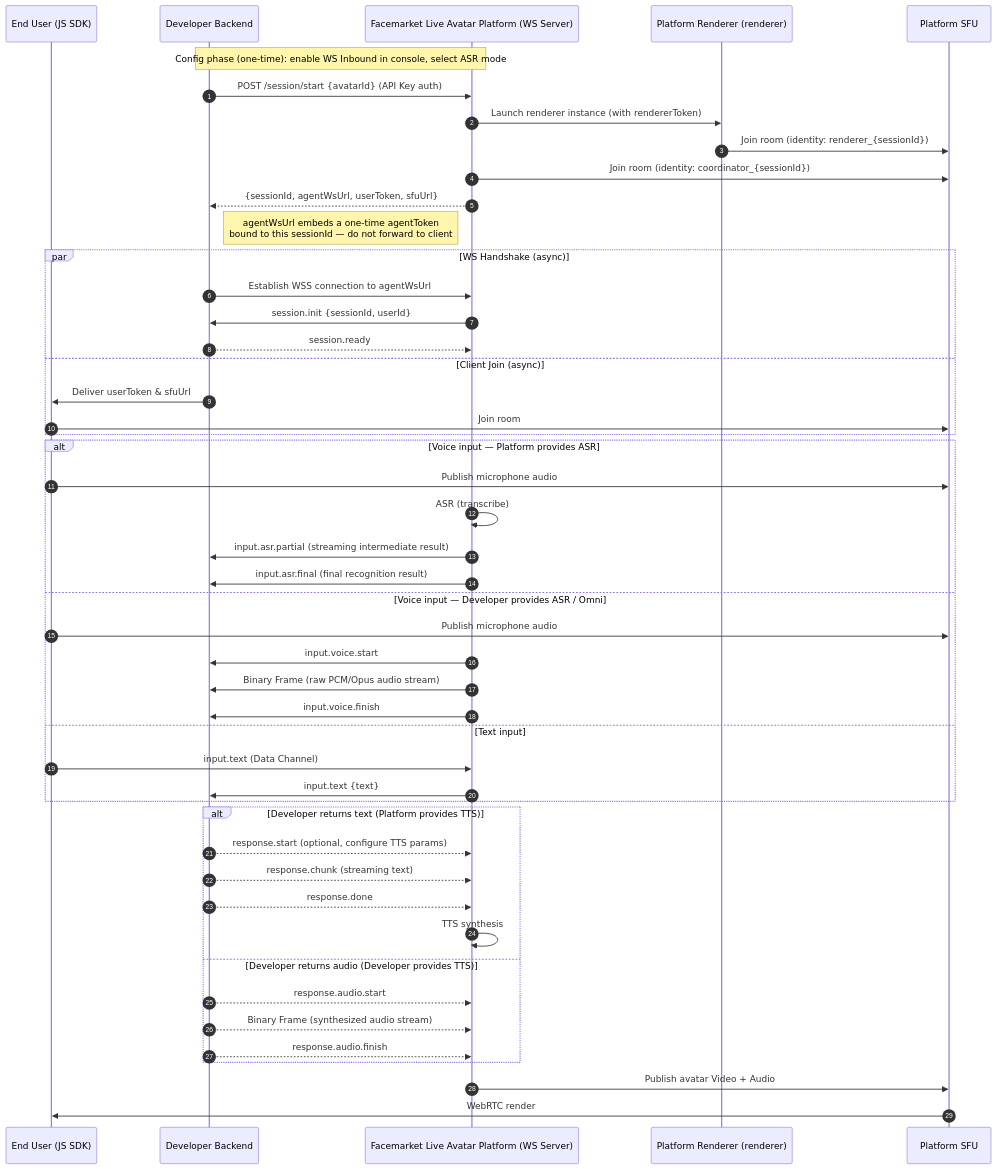
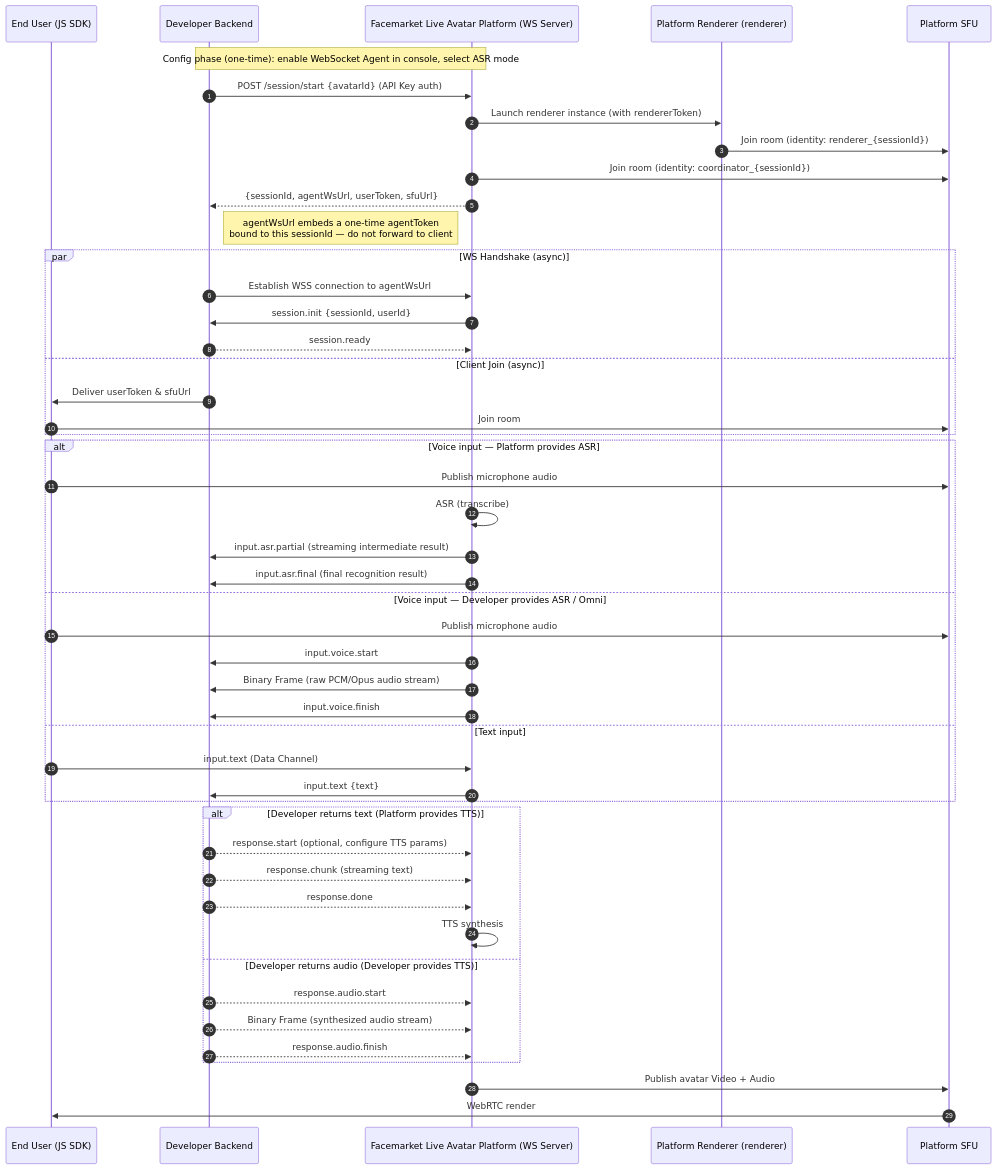
The first of 3 diagrams in Live Avatar Integration Guide.md (newportAI-lab/liveavatar-integration-guide), drawn with Mermaid before and after one commit. The commit also changed other lines of this file and 3 other files, not shown here.

````diff
--- a/Live Avatar Integration Guide.md
+++ b/Live Avatar Integration Guide.md
@@ -435,56 +302,56 @@
 ```mermaid
 sequenceDiagram
     autonumber
     participant Client as End User (JS SDK)
     participant Backend as Developer Backend
     participant Platform as Facemarket Live Avatar Platform (WS Server)
     participant Renderer as Platform Renderer (renderer)
     participant SFU as Platform SFU
 
-    Note over Backend, Platform: Config phase (one-time): enable WS Inbound in console, select ASR mode
+    Note over Backend, Platform: Config phase (one-time): enable WebSocket Agent in console, select ASR mode
 
     Backend->>Platform: POST /session/start {avatarId} (API Key auth)
     Platform->>Renderer: Launch renderer instance (with rendererToken)
     Renderer->>SFU: Join room (identity: renderer_{sessionId})
     Platform->>SFU: Join room (identity: coordinator_{sessionId})
     Platform-->>Backend: {sessionId, agentWsUrl, userToken, sfuUrl}
     Note right of Backend: agentWsUrl embeds a one-time agentToken<br/>bound to this sessionId — do not forward to client
 
     par WS Handshake (async)
         Backend->>Platform: Establish WSS connection to agentWsUrl
         Platform->>Backend: session.init {sessionId, userId}
         Backend-->>Platform: session.ready
     and Client Join (async)
         Backend->>Client: Deliver userToken & sfuUrl
         Client->>SFU: Join room
     end
 
     alt Voice input — Platform provides ASR
         Client->>SFU: Publish microphone audio
         Platform->>Platform: ASR (transcribe)
         Platform->>Backend: input.asr.partial (streaming intermediate result)
         Platform->>Backend: input.asr.final (final recognition result)
     else Voice input — Developer provides ASR / Omni
         Client->>SFU: Publish microphone audio
         Platform->>Backend: input.voice.start
         Platform->>Backend: Binary Frame (raw PCM/Opus audio stream)
         Platform->>Backend: input.voice.finish
     else Text input
         Client->>Platform: input.text (Data Channel)
         Platform->>Backend: input.text {text}
     end
 
     alt Developer returns text (Platform provides TTS)
         Backend-->>Platform: response.start (optional, configure TTS params)
         Backend-->>Platform: response.chunk (streaming text)
         Backend-->>Platform: response.done
         Platform->>Platform: TTS synthesis
     else Developer returns audio (Developer provides TTS)
         Backend-->>Platform: response.audio.start
         Backend-->>Platform: Binary Frame (synthesized audio stream)
         Backend-->>Platform: response.audio.finish
     end
 
     Platform->>SFU: Publish avatar Video + Audio
     SFU->>Client: WebRTC render
 ```
````
